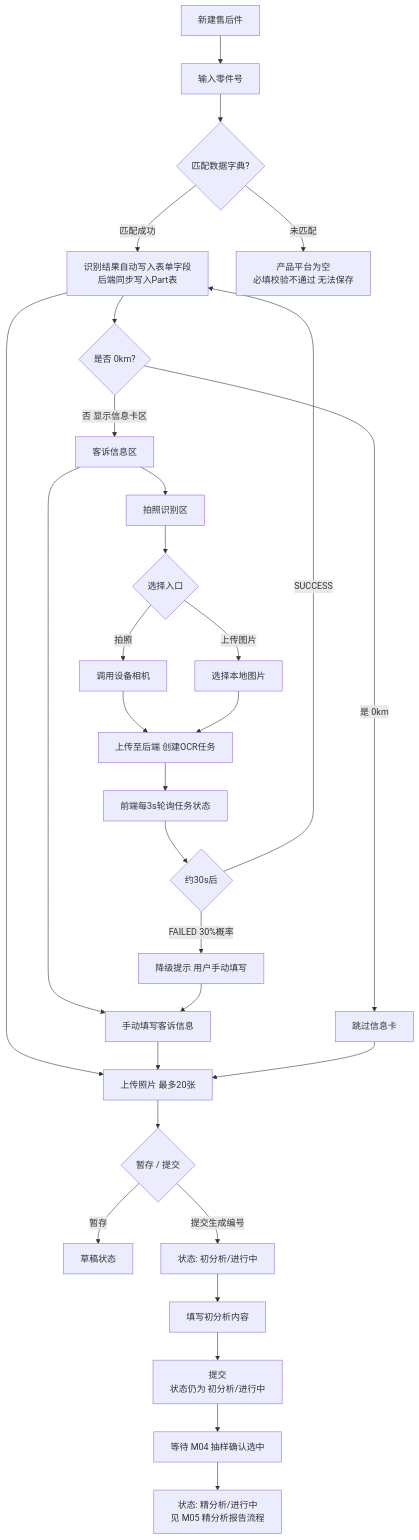
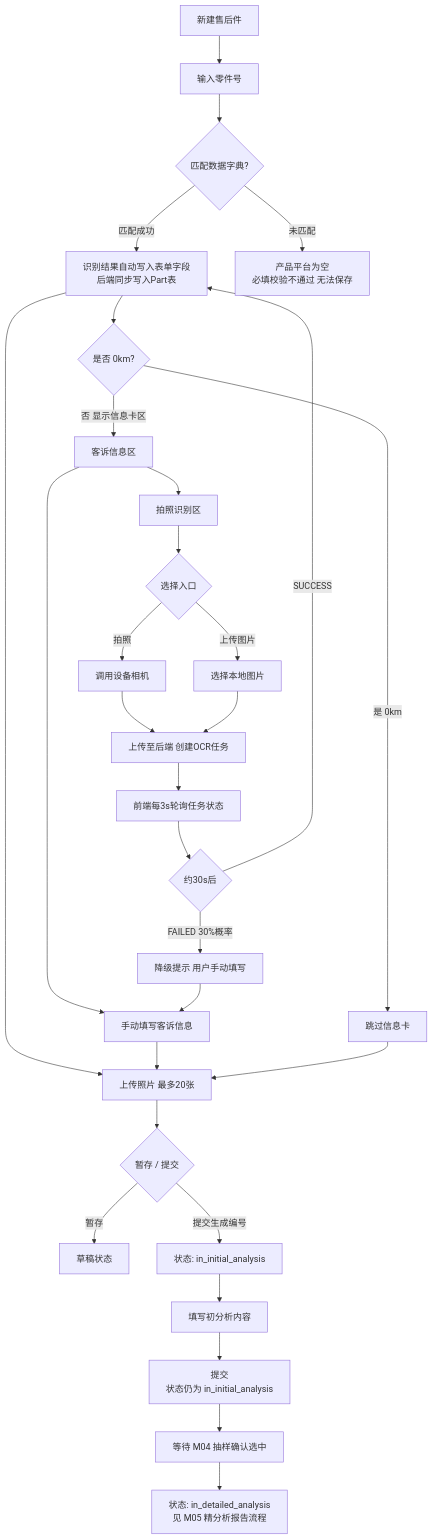
Before and after one commit to xvfeiran/wfam-doc: the sixth of 16 diagrams in 01-设计文档/开发设计文档.md, drawn with Mermaid. The commit also changed other lines of this file and 1 other file, not shown here.

````diff
--- a/01-设计文档/开发设计文档.md
+++ b/01-设计文档/开发设计文档.md
@@ -480,36 +505,36 @@
 ```mermaid
 flowchart TD
     Create[新建售后件] --> InputCode[输入零件号]
     InputCode --> Match{匹配数据字典?}
     Match -->|匹配成功| AutoFill[自动填充产品平台
     字段只读不可编辑]
     Match -->|未匹配| Empty[产品平台为空
     必填校验不通过 无法保存]
     AutoFill --> Check{是否 0km?}
     Check -->|否 显示信息卡区| InfoCard[客诉信息区]
     Check -->|是 0km| Skip[跳过信息卡]
     InfoCard --> Manual[手动填写客诉信息]
     InfoCard --> OCR[拍照识别区]
     OCR --> OCREntry{选择入口}
     OCREntry -->|拍照| Camera[调用设备相机]
     OCREntry -->|上传图片| FilePick[选择本地图片]
     Camera --> Upload[上传至后端 创建OCR任务]
     FilePick --> Upload
     Upload --> Poll[前端每3s轮询任务状态]
     Poll --> OCRDone{约30s后}
     OCRDone -->|SUCCESS| AutoFill[识别结果自动写入表单字段<br>后端同步写入Part表]
     OCRDone -->|FAILED 30%概率| Degrade[降级提示 用户手动填写]
     AutoFill --> Photos[上传照片 最多20张]
     Degrade --> Manual
     Manual --> Photos
     Skip --> Photos
     Photos --> Submit{暂存 / 提交}
     Submit -->|暂存| Draft[草稿状态]
-    Submit -->|提交生成编号| Pending[状态: 初分析/进行中]
+    Submit -->|提交生成编号| Pending[状态: in_initial_analysis]
     Pending --> InitialAnalysis[填写初分析内容]
     InitialAnalysis --> SubmitInitial[提交
-    状态仍为 初分析/进行中]
+    状态仍为 in_initial_analysis]
     SubmitInitial --> WaitSampling[等待 M04 抽样确认选中]
-    WaitSampling --> Detailed[状态: 精分析/进行中
+    WaitSampling --> Detailed[状态: in_detailed_analysis
     见 M05 精分析报告流程]
 ```
````
